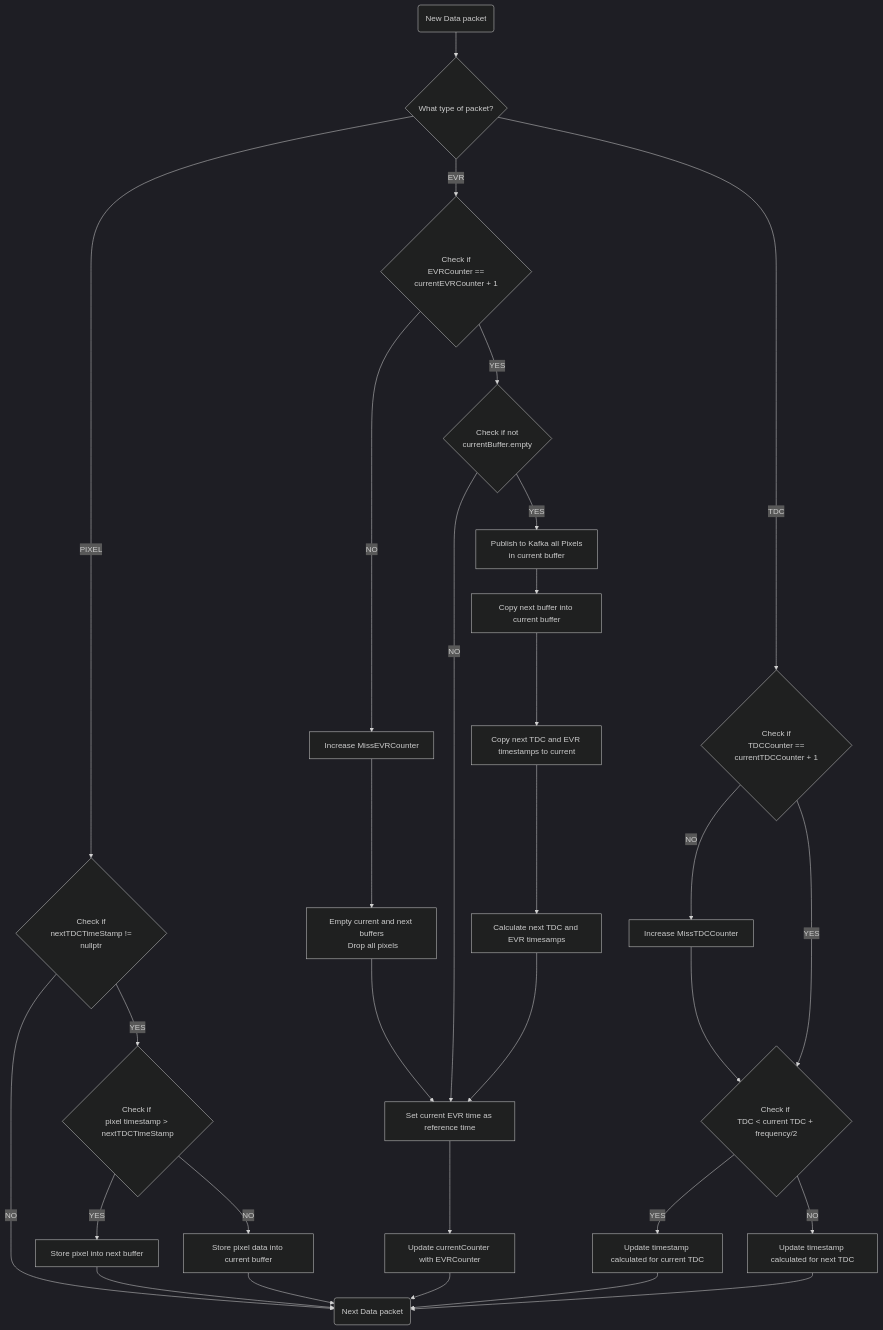
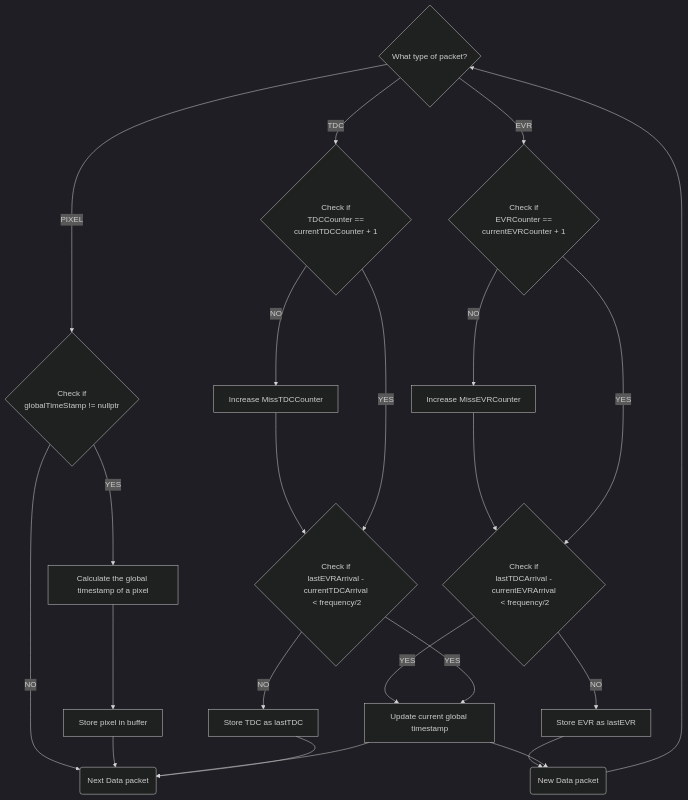
The diagram in src/modules/timepix3/readout/README.md (ess-dmsc/event-formation-unit), drawn with Mermaid (dark theme) before and after one commit.

Commit message:
rework chart according to new global timestamp strategy

````diff
--- a/src/modules/timepix3/readout/README.md
+++ b/src/modules/timepix3/readout/README.md
@@ -11,52 +11,42 @@
 ```mermaid
 flowchart TD
 
 Parsing{What type of packet?}
-IsPixelNextTDC{Check if \npixel timestamp > nextTDCTimeStamp}
-IsTDCCurrent{Check if \nTDC < current TDC + frequency/2}
-IsNextTDCExists{Check if\n nextTDCTimeStamp != nullptr}
-CheckCurrentBuffer{Check if not\n currentBuffer.empty}
+IsLastEVRPair{Check if\n lastEVRArrival - currentTDCArrival\n < frequency/2}
+IsLastTDCPair{Check if\n lastTDCArrival - currentEVRArrival\n < frequency/2}
+IsGlobalTimestampExists{Check if\n globalTimeStamp != nullptr}
 CheckEVRCounter{Check if\n EVRCounter == currentEVRCounter + 1}
 CheckTDCCounter{Check if\n TDCCounter == currentTDCCounter + 1}
 
-UpdateCurrentTDCTimeStamp[Update timestamp calculated for current TDC]
-UpdateNextTDCTimeStamp[Update timestamp calculated for next TDC]
-PublishCurrentPixels[Publish to Kafka all Pixels\n in current buffer]
-CopyNextBufferToCurrent[Copy next buffer into current buffer]
-UpdateTimings[Copy next TDC and EVR timestamps to current]
-CalculateNext[Calculate next TDC and EVR timesamps]
-SetSerialiserReferenceTime[Set current EVR time as reference time]
-StorePixelDataNext[Store pixel into next buffer]
-StorePixelDataCurrent[Store pixel data into current buffer]
-UpdateEVRCounter[Update currentCounter with EVRCounter]
-EmptyBuffers[Empty current and next buffers\n Drop all pixels]
-IncreaseMissEVR[Increase MissEVRCounter]
+UpdateCurrentGlobalTimeStamp[Update current global timestamp]
+StoreLastTDC[Store TDC as lastTDC]
+StoreLastEVR[Store EVR as lastEVR]
+IncredaseMissEVR[Increase MissEVRCounter]
 IncreaseMissTDC[Increase MissTDCCounter]
+CalculatePixelGlobalTimestamp[Calculate the global timestamp of a pixel]
+StorePixelInBuffer[Store pixel in buffer]
 
 NextPacket(Next Data packet)
 NewPacket(New Data packet)
 
 NewPacket --> Parsing
 
-Parsing -->|PIXEL| IsNextTDCExists
-IsNextTDCExists -->|NO| NextPacket
-IsNextTDCExists -->|YES| IsPixelNextTDC
-IsPixelNextTDC -->|YES| StorePixelDataNext --> NextPacket
-IsPixelNextTDC -->|NO| StorePixelDataCurrent --> NextPacket
+Parsing -->|PIXEL| IsGlobalTimestampExists
+IsGlobalTimestampExists -->|NO| NextPacket
+IsGlobalTimestampExists -->|YES| CalculatePixelGlobalTimestamp
+CalculatePixelGlobalTimestamp --> StorePixelInBuffer --> NextPacket
 
 Parsing -->|EVR| CheckEVRCounter 
-CheckEVRCounter -->|NO| IncreaseMissEVR
-IncreaseMissEVR--> EmptyBuffers --> SetSerialiserReferenceTime
-CheckEVRCounter -->|YES| CheckCurrentBuffer
-CheckCurrentBuffer -->|NO| SetSerialiserReferenceTime
-CheckCurrentBuffer -->|YES| PublishCurrentPixels --> CopyNextBufferToCurrent
-CopyNextBufferToCurrent --> UpdateTimings --> CalculateNext
-CalculateNext --> SetSerialiserReferenceTime
-SetSerialiserReferenceTime --> UpdateEVRCounter --> NextPacket
+CheckEVRCounter -->|NO| IncredaseMissEVR
+IncredaseMissEVR --> IsLastTDCPair
+CheckEVRCounter -->|YES| IsLastTDCPair
+IsLastTDCPair --> |NO| StoreLastEVR --> NewPacket
+IsLastTDCPair --> |YES| UpdateCurrentGlobalTimeStamp --> NewPacket
+
 
 Parsing -->|TDC| CheckTDCCounter
-CheckTDCCounter -->|NO| IncreaseMissTDC --> IsTDCCurrent
-CheckTDCCounter -->|YES| IsTDCCurrent
-IsTDCCurrent -->|YES| UpdateCurrentTDCTimeStamp --> NextPacket
-IsTDCCurrent -->|NO| UpdateNextTDCTimeStamp --> NextPacket
+CheckTDCCounter -->|NO| IncreaseMissTDC --> IsLastEVRPair
+CheckTDCCounter -->|YES| IsLastEVRPair
+IsLastEVRPair -->|YES| UpdateCurrentGlobalTimeStamp --> NextPacket
+IsLastEVRPair -->|NO| StoreLastTDC --> NextPacket
 ```
````
